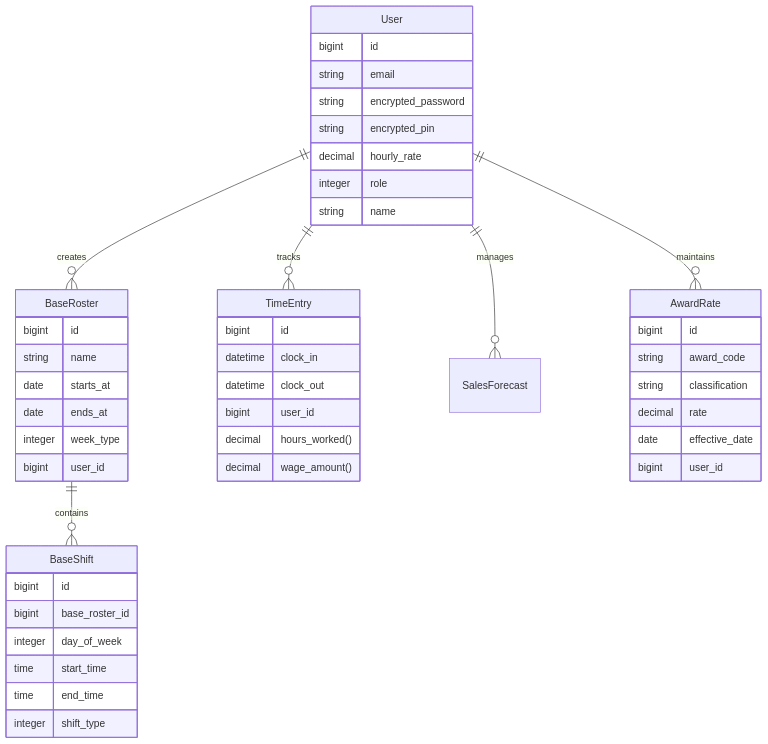
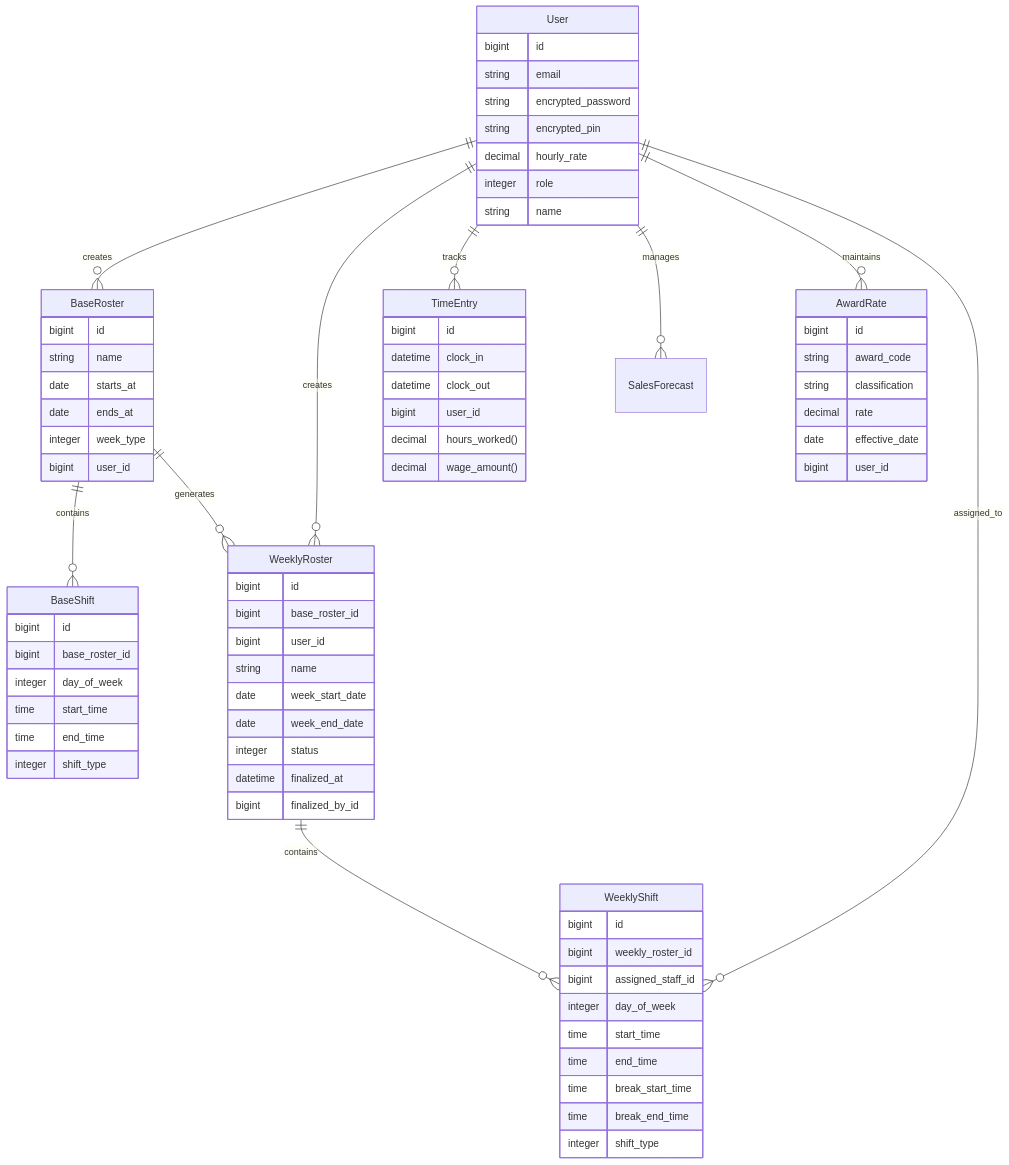
The diagram in docs/database-schema.md (jatwell93/basic-roster-assist), drawn with Mermaid before and after one commit. The commit also changed other lines of this file and 3 other files, not shown here.

````diff
--- a/docs/database-schema.md
+++ b/docs/database-schema.md
@@ -34,53 +35,78 @@
 ```mermaid
 erDiagram
     User ||--o{ BaseRoster : creates
+    User ||--o{ WeeklyRoster : creates
     User ||--o{ TimeEntry : tracks
     User ||--o{ SalesForecast : manages
     User ||--o{ AwardRate : maintains
+    User ||--o{ WeeklyShift : assigned_to
 
-    BaseRoster ||--o{ BaseShift :contains
-
+    BaseRoster ||--o{ BaseShift : contains
+    BaseRoster ||--o{ WeeklyRoster : generates
+    WeeklyRoster ||--o{ WeeklyShift : contains
 
     BaseRoster {
         bigint id
         string name
         date starts_at
         date ends_at
         integer week_type
         bigint user_id
     }
     BaseShift {
         bigint id
         bigint base_roster_id
         integer day_of_week
         time start_time
         time end_time
+        integer shift_type
+    }
+    WeeklyRoster {
+        bigint id
+        bigint base_roster_id
+        bigint user_id
+        string name
+        date week_start_date
+        date week_end_date
+        integer status
+        datetime finalized_at
+        bigint finalized_by_id
+    }
+    WeeklyShift {
+        bigint id
+        bigint weekly_roster_id
+        bigint assigned_staff_id
+        integer day_of_week
+        time start_time
+        time end_time
+        time break_start_time
+        time break_end_time
         integer shift_type
     }
     TimeEntry {
         bigint id
         datetime clock_in
         datetime clock_out
         bigint user_id
         decimal hours_worked()
         decimal wage_amount()
     }
     AwardRate {
         bigint id
         string award_code
         string classification
         decimal rate
         date effective_date
         bigint user_id
     }
 
     User {
         bigint id
         string email
         string encrypted_password
         string encrypted_pin
         decimal hourly_rate
         integer role
         string name
     }
 ```
````
